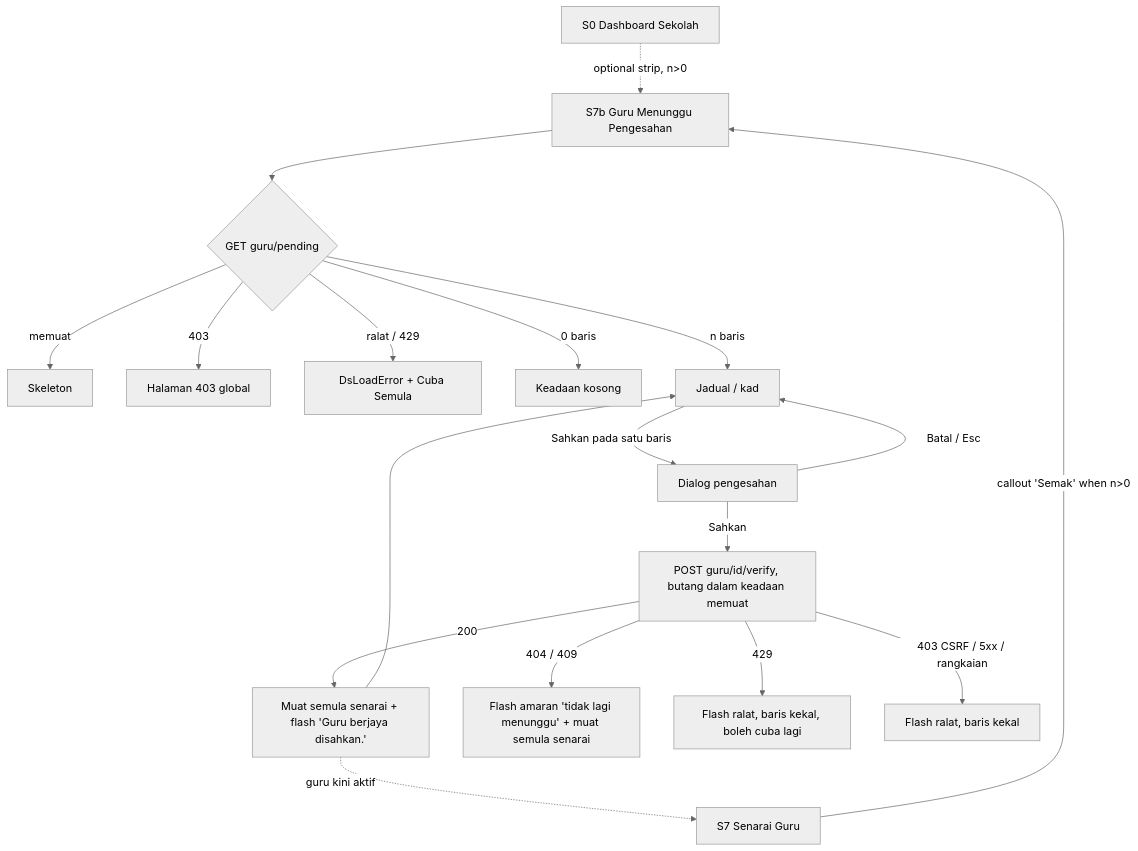
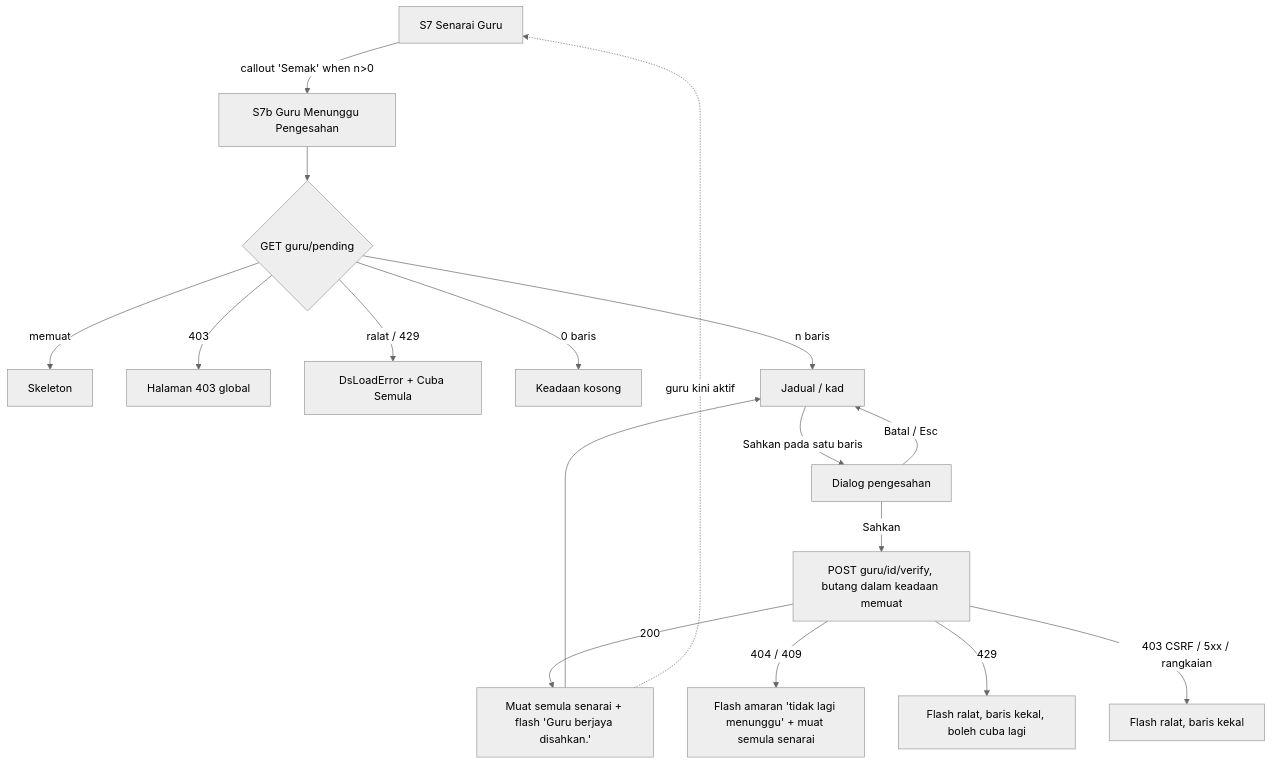
One commit to amin-kerja-orang/prestasiplus changed the diagram in docs/design/m27-pending-teacher-verify.md. Above: the diagram before and after it, drawn with Mermaid (neutral theme). The commit also changed other lines of this file and 1 other file, not shown here.

````diff
--- a/docs/design/m27-pending-teacher-verify.md
+++ b/docs/design/m27-pending-teacher-verify.md
@@ -49,20 +50,19 @@
 ```mermaid
 flowchart TD
-  S0[S0 Dashboard Sekolah] -. optional strip, n>0 .-> S7b
   S7[S7 Senarai Guru] -->|callout 'Semak' when n>0| S7b[S7b Guru Menunggu Pengesahan]
   S7b --> L{GET guru/pending}
   L -->|memuat| LD[Skeleton]
   L -->|403| E403[Halaman 403 global]
   L -->|ralat / 429| ER[DsLoadError + Cuba Semula]
   L -->|0 baris| EM[Keadaan kosong]
   L -->|n baris| T[Jadual / kad]
   T -->|Sahkan pada satu baris| C[Dialog pengesahan]
   C -->|Batal / Esc| T
   C -->|Sahkan| P[POST guru/id/verify, butang dalam keadaan memuat]
   P -->|200| OK[Muat semula senarai + flash 'Guru berjaya disahkan.']
   P -->|404 / 409| GONE[Flash amaran 'tidak lagi menunggu' + muat semula senarai]
   P -->|429| RL[Flash ralat, baris kekal, boleh cuba lagi]
   P -->|403 CSRF / 5xx / rangkaian| FE[Flash ralat, baris kekal]
   OK --> T
   OK -. guru kini aktif .-> S7
 ```
````
